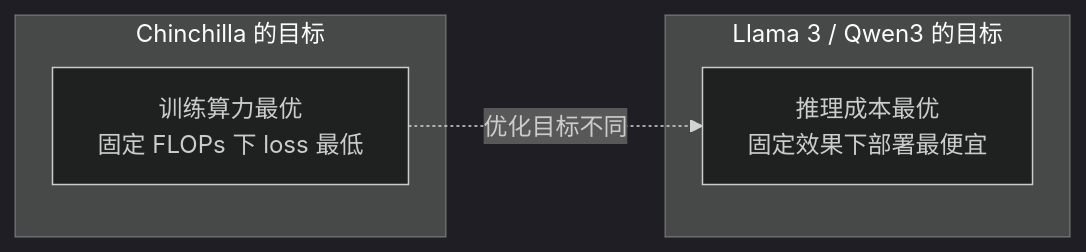
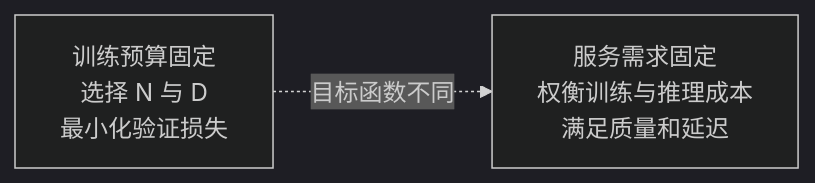
The first of 2 diagrams in docs/llm/02-training-alignment/07-scaling-law-emergence.md (oneleaveknowsthefall/awesome-ai-roadmap), drawn with Mermaid (dark theme) before and after one commit. The commit also changed other lines of this file and 45 other files, not shown here.

````diff
--- a/docs/llm/02-training-alignment/07-scaling-law-emergence.md
+++ b/docs/llm/02-training-alignment/07-scaling-law-emergence.md
@@ -96,10 +94,6 @@
 ```mermaid
 flowchart LR
-    subgraph A["Chinchilla 的目标"]
-        A1["训练算力最优<br/>固定 FLOPs 下 loss 最低"]
-    end
-    subgraph B["Llama 3 / Qwen3 的目标"]
-        B1["推理成本最优<br/>固定效果下部署最便宜"]
-    end
-    A1 -.->|优化目标不同| B1
+    A["训练预算固定<br/>选择 N 与 D<br/>最小化验证损失"]
+    B["服务需求固定<br/>权衡训练与推理成本<br/>满足质量和延迟"]
+    A -.->|目标函数不同| B
 ```
````
